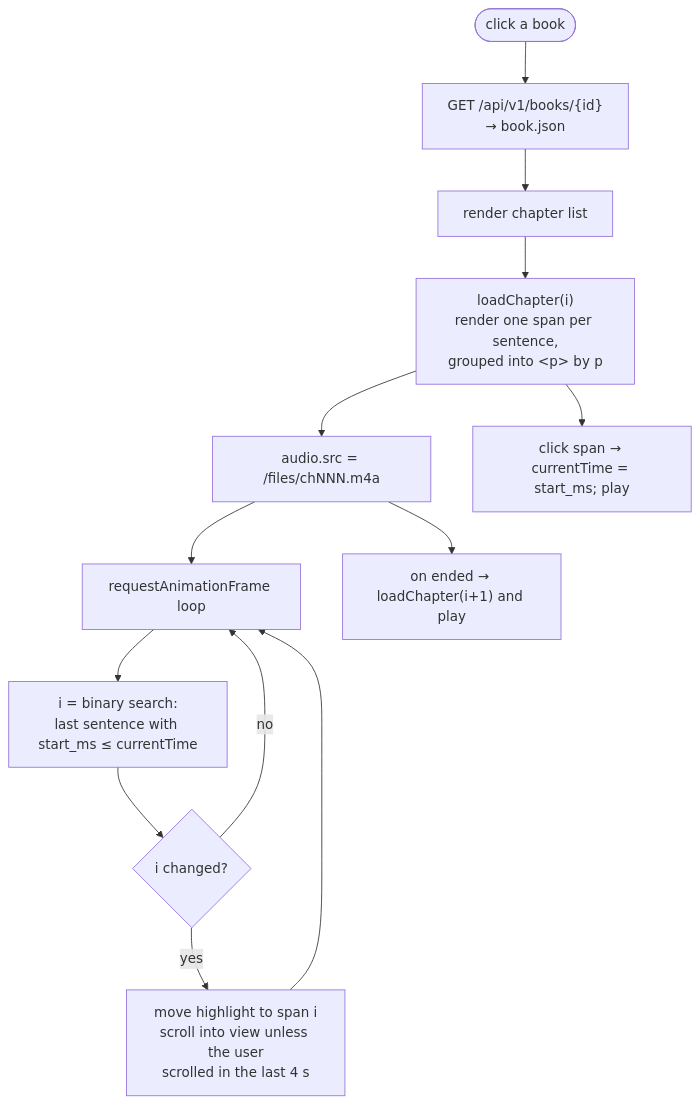
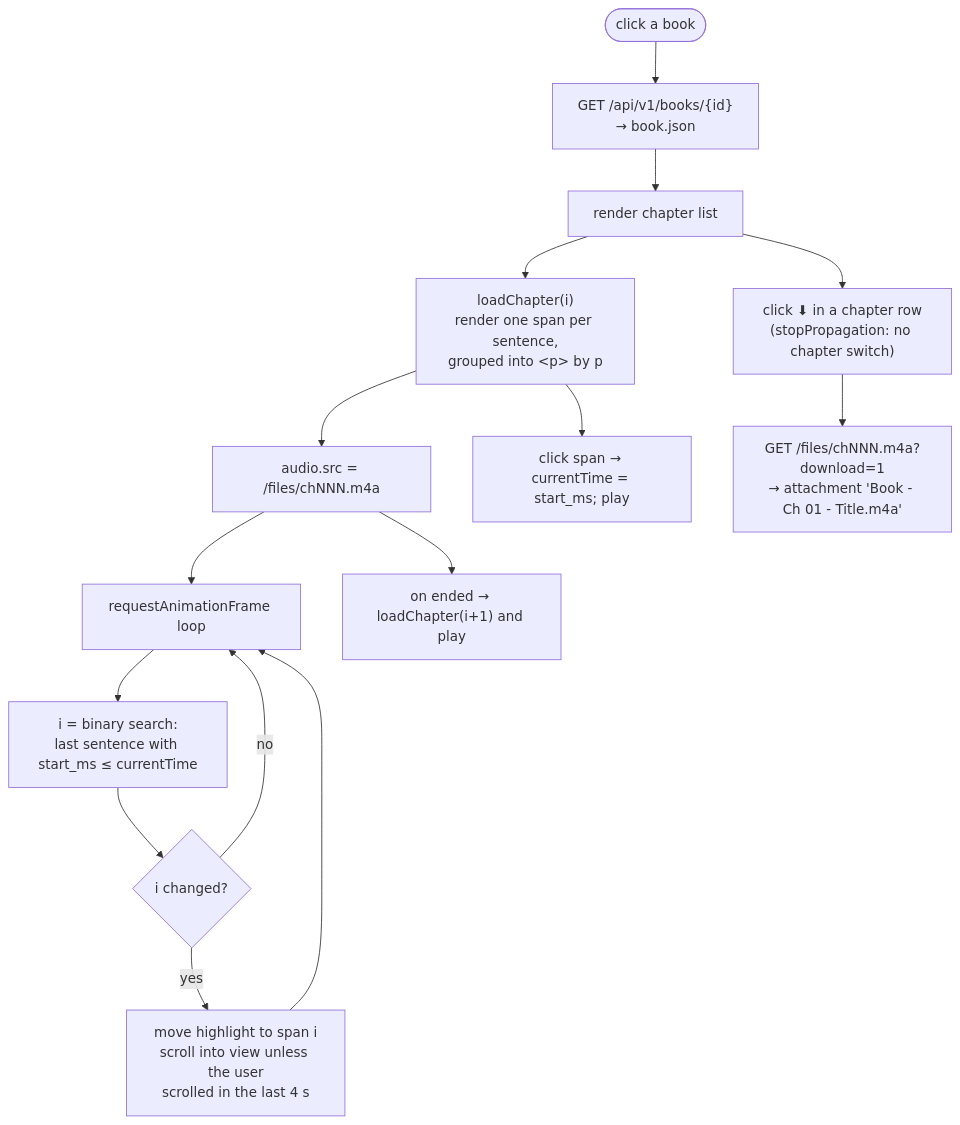
One commit to Fgkl10/ebook-convert-to-audio changed the seventh of 8 diagrams in desktop/docs/workflow.md. Above: the diagram before and after it, drawn with Mermaid. The commit also changed 8 other files, not shown here.

First line of the commit message:
Per-chapter audio download with readable file names (D-034)

````diff
--- a/desktop/docs/workflow.md
+++ b/desktop/docs/workflow.md
@@ -192,15 +192,17 @@
 ```mermaid
 flowchart TD
     A([click a book]) --> B["GET /api/v1/books/{id}<br/>→ book.json"]
     B --> C["render chapter list"]
     C --> D["loadChapter(i)<br/>render one span per sentence,<br/>grouped into &lt;p&gt; by p"]
     D --> E["audio.src = /files/chNNN.m4a"]
     E --> F["requestAnimationFrame loop"]
     F --> G["i = binary search:<br/>last sentence with start_ms ≤ currentTime"]
     G --> H{i changed?}
     H -- yes --> I["move highlight to span i<br/>scroll into view unless the user<br/>scrolled in the last 4 s"]
     H -- no --> F
     I --> F
     D --> J["click span → currentTime = start_ms; play"]
     E --> K["on ended → loadChapter(i+1) and play"]
+    C --> L["click ⬇ in a chapter row<br/>(stopPropagation: no chapter switch)"]
+    L --> M["GET /files/chNNN.m4a?download=1<br/>→ attachment 'Book - Ch 01 - Title.m4a'"]
 ```
````
